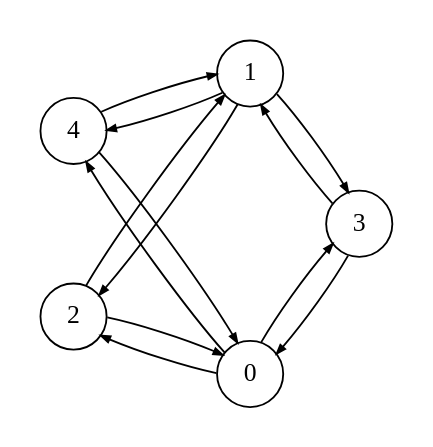
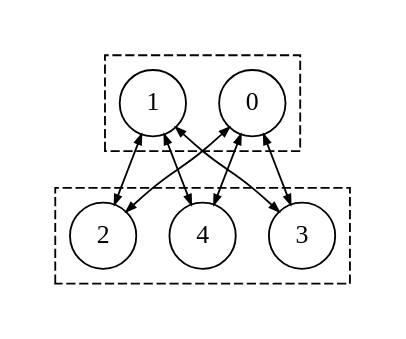
The diagram in src/biclique_3_2.dot (bsdrks/graaf-images), drawn with Graphviz before and after one commit. The commit also changed 1 other file, not shown here.

```diff
--- a/src/biclique_3_2.dot
+++ b/src/biclique_3_2.dot
@@ -1,25 +1,26 @@
 digraph {
     node [shape=circle, fontname="Operator Mono"];
     edge [arrowsize=0.5];
-    layout=circo;
+    layout=dot;
     pad=0.2;
 
-    0 [label="0"];
-    1 [label="1"];
-    2 [label="2"];
-    3 [label="3"];
-    4 [label="4"];
+    subgraph cluster_0 {
+        style="dashed";
+        0 [label="0"];
+        1 [label="1"];
+    }
 
-    0 -> 2;
-    0 -> 3;
-    0 -> 4;
-    1 -> 2;
-    1 -> 3;
-    1 -> 4;
-    2 -> 0;
-    2 -> 1;
-    3 -> 0;
-    3 -> 1;
-    4 -> 0;
-    4 -> 1;
+    subgraph cluster_1 {
+        style="dashed";
+        2 [label="2"];
+        3 [label="3"];
+        4 [label="4"];
+    }
+
+    0 -> 2 [dir="both"];
+    1 -> 2 [dir="both"];
+    0 -> 3 [dir="both"];
+    1 -> 3 [dir="both"];
+    0 -> 4 [dir="both"];
+    1 -> 4 [dir="both"];
 }
```
